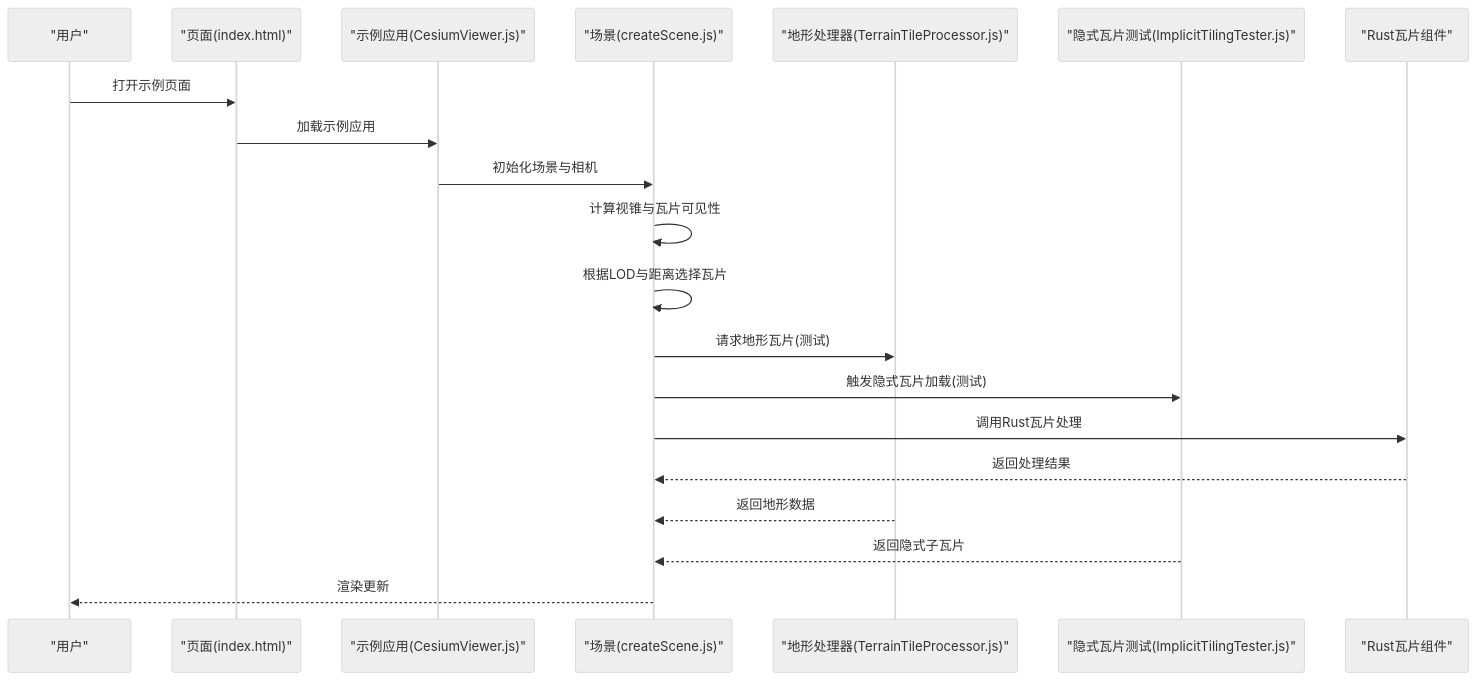
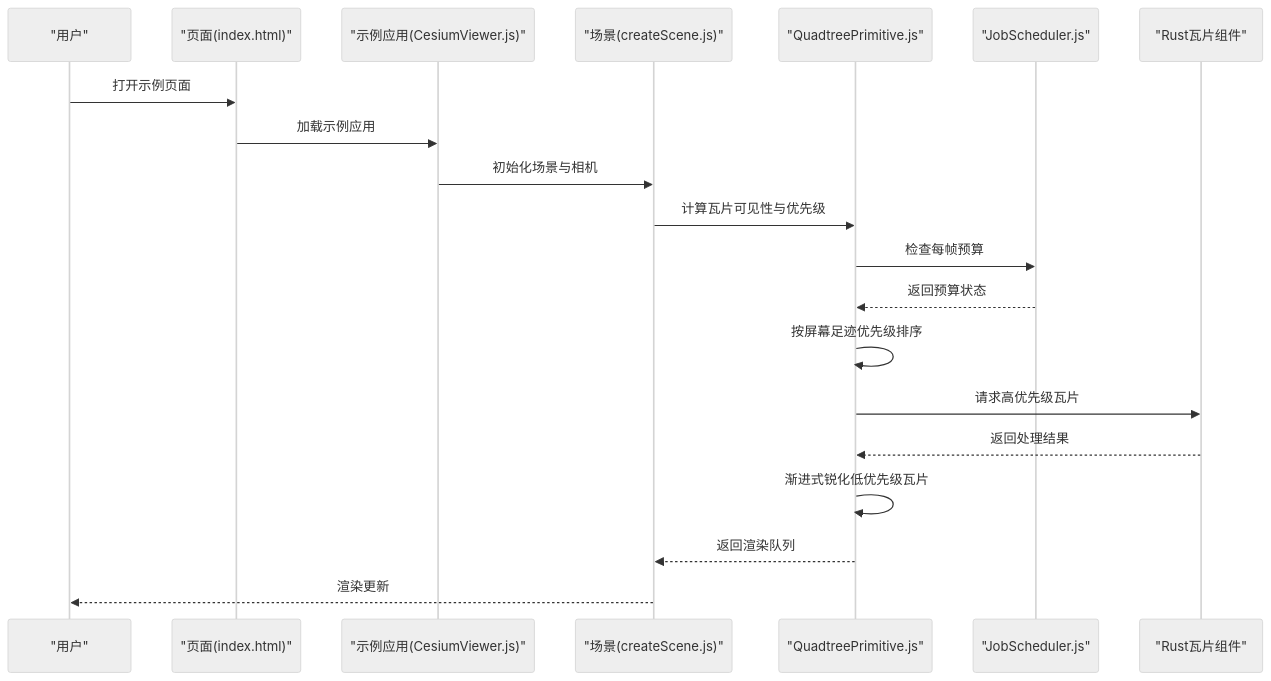
One commit to rzhangjing/cesium changed the second of 9 diagrams in .qoder/repowiki/zh/content/性能优化/数据加载优化/瓦片加载策略.md. Above: the diagram before and after it, drawn with Mermaid (neutral theme). The commit also changed other lines of this file and 24 other files, not shown here.

````diff
--- a/.qoder/repowiki/zh/content/性能优化/数据加载优化/瓦片加载策略.md
+++ b/.qoder/repowiki/zh/content/性能优化/数据加载优化/瓦片加载策略.md
@@ -84,22 +101,22 @@
 ```mermaid
 sequenceDiagram
 participant U as "用户"
 participant P as "页面(index.html)"
 participant V as "示例应用(CesiumViewer.js)"
 participant S as "场景(createScene.js)"
-participant T as "地形处理器(TerrainTileProcessor.js)"
-participant I as "隐式瓦片测试(ImplicitTilingTester.js)"
+participant Q as "QuadtreePrimitive.js"
+participant J as "JobScheduler.js"
 participant R as "Rust瓦片组件"
 U->>P : 打开示例页面
 P->>V : 加载示例应用
 V->>S : 初始化场景与相机
-S->>S : 计算视锥与瓦片可见性
-S->>S : 根据LOD与距离选择瓦片
-S->>T : 请求地形瓦片(测试)
-S->>I : 触发隐式瓦片加载(测试)
-S->>R : 调用Rust瓦片处理
-R-->>S : 返回处理结果
-T-->>S : 返回地形数据
-I-->>S : 返回隐式子瓦片
+S->>Q : 计算瓦片可见性与优先级
+Q->>J : 检查每帧预算
+J-->>Q : 返回预算状态
+Q->>Q : 按屏幕足迹优先级排序
+Q->>R : 请求高优先级瓦片
+R-->>Q : 返回处理结果
+Q->>Q : 渐进式锐化低优先级瓦片
+Q-->>S : 返回渲染队列
 S-->>U : 渲染更新
 ```
````
